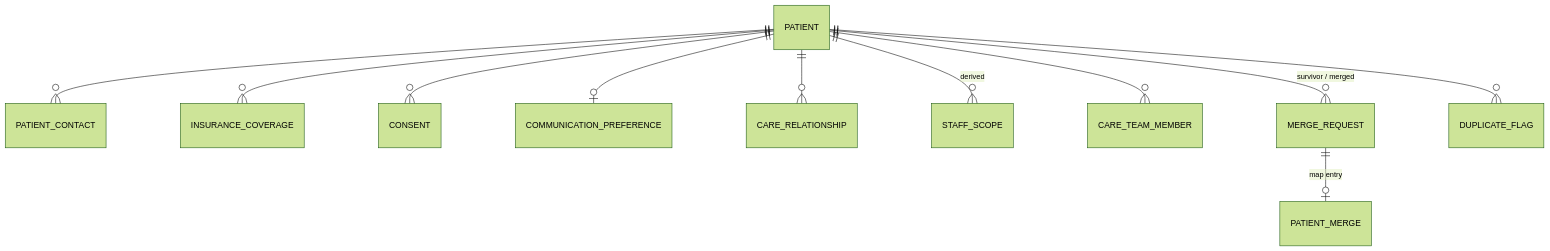
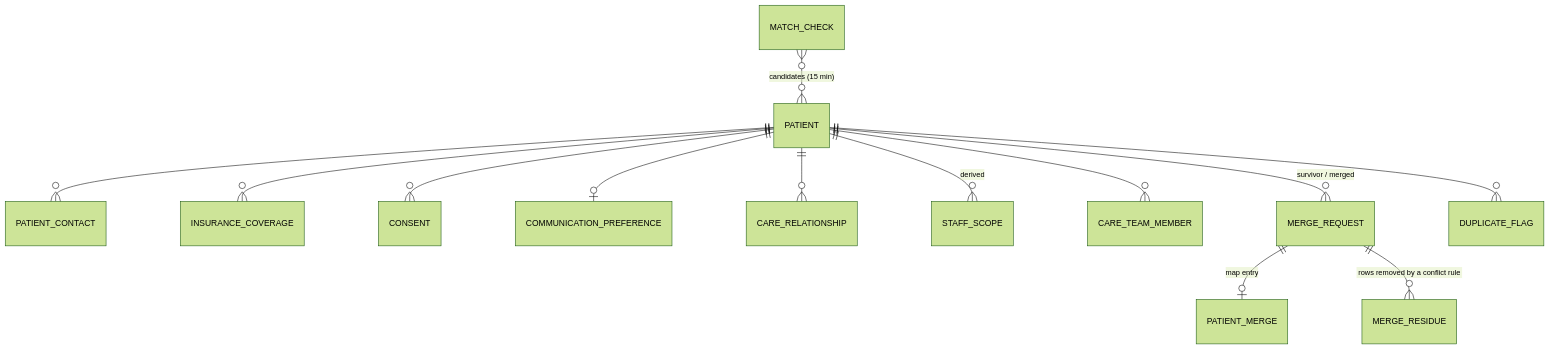
The ninth of 12 diagrams in docs/ARCHITECTURE.md (zainnaeem28/enterprise-app), drawn with Mermaid (forest theme) before and after one commit. The commit also changed other lines of this file, not shown here.

````diff
--- a/docs/ARCHITECTURE.md
+++ b/docs/ARCHITECTURE.md
@@ -1075,13 +1090,15 @@
 ```mermaid
 erDiagram
   PATIENT ||--o{ PATIENT_CONTACT : ""
   PATIENT ||--o{ INSURANCE_COVERAGE : ""
   PATIENT ||--o{ CONSENT : ""
   PATIENT ||--o| COMMUNICATION_PREFERENCE : ""
   PATIENT ||--o{ CARE_RELATIONSHIP : ""
   PATIENT ||--o{ STAFF_SCOPE : "derived"
   PATIENT ||--o{ CARE_TEAM_MEMBER : ""
   PATIENT ||--o{ MERGE_REQUEST : "survivor / merged"
   MERGE_REQUEST ||--o| PATIENT_MERGE : "map entry"
   PATIENT ||--o{ DUPLICATE_FLAG : ""
+  MERGE_REQUEST ||--o{ MERGE_RESIDUE : "rows removed by a conflict rule"
+  MATCH_CHECK }o--o{ PATIENT : "candidates (15 min)"
 ```
````
